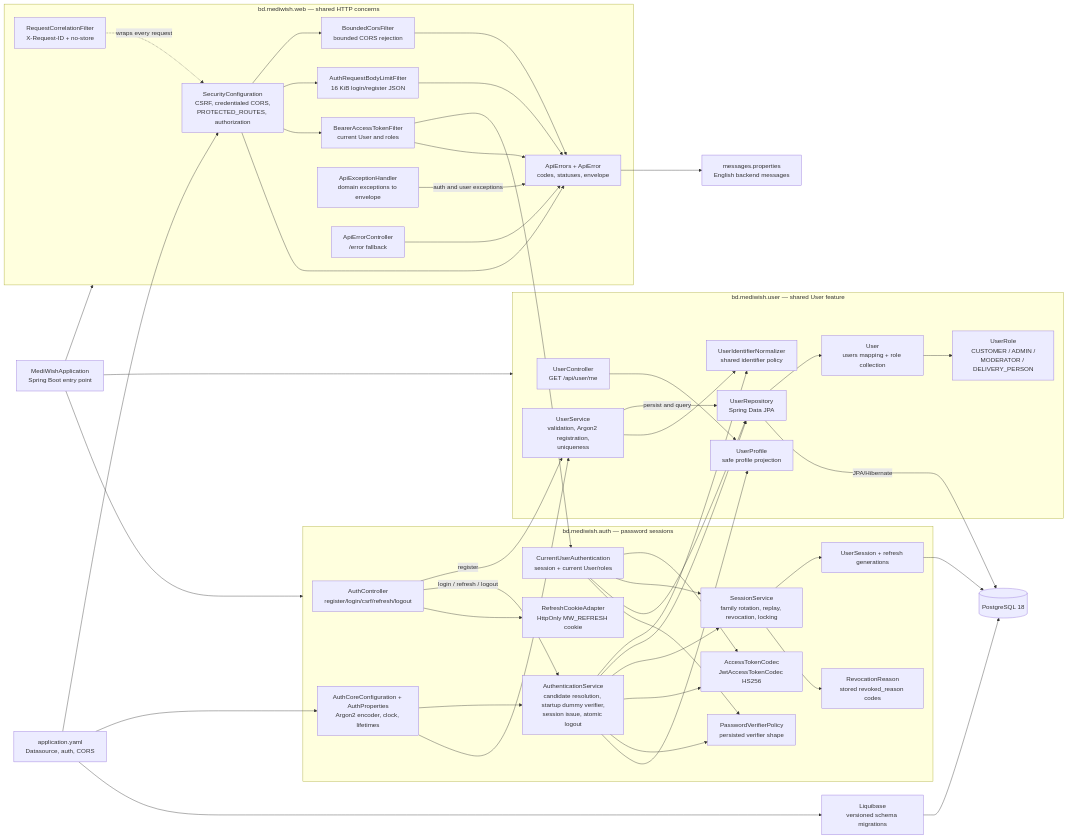
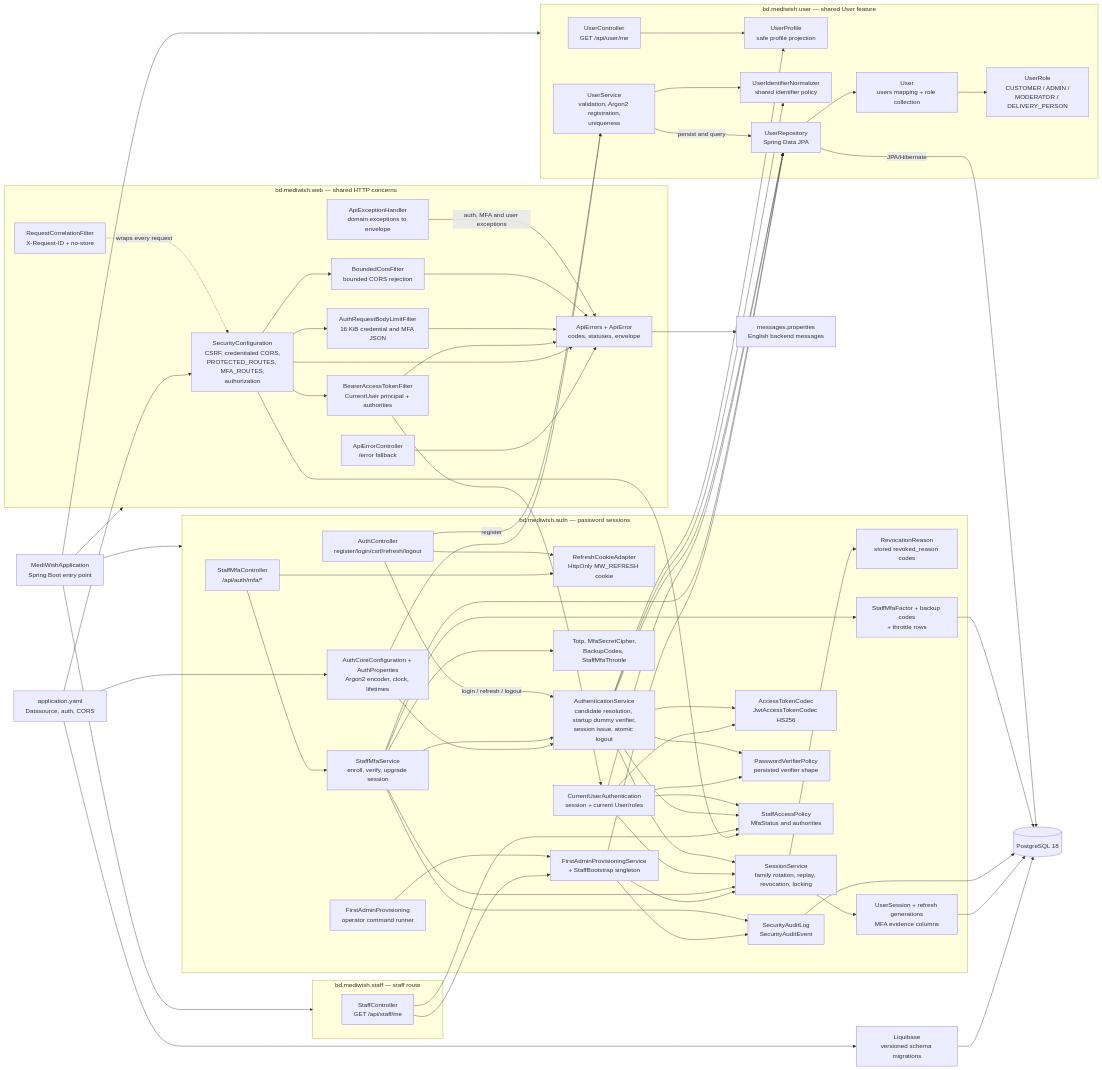
One commit to n-saakib/medi-wish-bd changed the first of 3 diagrams in backend/docs/code-architecture.md. Above: the diagram before and after it, drawn with Mermaid. The commit also changed other lines of this file and 146 other files, not shown here.

First line of the commit message:
Provision the first Admin and require staff authenticator sign-in

```diff
--- a/backend/docs/code-architecture.md
+++ b/backend/docs/code-architecture.md
@@ -36,14 +38,26 @@
         CU[CurrentUserAuthentication<br/>session + current User/roles]
         PV[PasswordVerifierPolicy<br/>persisted verifier shape]
         CFG[AuthCoreConfiguration + AuthProperties<br/>Argon2 encoder, clock, lifetimes]
-        SE[UserSession + refresh generations]
+        SE[UserSession + refresh generations<br/>MFA evidence columns]
+        POL[StaffAccessPolicy<br/>MfaStatus and authorities]
+        MC[StaffMfaController<br/>/api/auth/mfa/*]
+        MS[StaffMfaService<br/>enroll, verify, upgrade session]
+        MFA[Totp, MfaSecretCipher,<br/>BackupCodes, StaffMfaThrottle]
+        MF[StaffMfaFactor + backup codes<br/>+ throttle rows]
+        FAP[FirstAdminProvisioning<br/>operator command runner]
+        FAS[FirstAdminProvisioningService<br/>+ StaffBootstrap singleton]
+        AUD[SecurityAuditLog<br/>SecurityAuditEvent]
+    end
+
+    subgraph STAFF[bd.mediwish.staff — staff route]
+        SC[StaffController<br/>GET /api/staff/me]
     end
 
     subgraph WEB[bd.mediwish.web — shared HTTP concerns]
-        SEC[SecurityConfiguration<br/>CSRF, credentialed CORS,<br/>PROTECTED_ROUTES, authorization]
-        BF[BearerAccessTokenFilter<br/>current User and roles]
+        SEC[SecurityConfiguration<br/>CSRF, credentialed CORS,<br/>PROTECTED_ROUTES, MFA_ROUTES,<br/>authorization]
+        BF[BearerAccessTokenFilter<br/>CurrentUser principal + authorities]
         CORS[BoundedCorsFilter<br/>bounded CORS rejection]
-        BODY[AuthRequestBodyLimitFilter<br/>16 KiB login/register JSON]
+        BODY[AuthRequestBodyLimitFilter<br/>16 KiB credential and MFA JSON]
         EXH[ApiExceptionHandler<br/>domain exceptions to envelope]
         ERR[ApiErrors + ApiError<br/>codes, statuses, envelope]
         ERRCTRL[ApiErrorController<br/>/error fallback]
@@ -76,6 +90,25 @@
     CU --> SS
     CU --> UR
     CU --> PV
+    CU --> POL
+    AS --> POL
+    MC --> MS
+    MC --> RC
+    MS --> MFA
+    MS --> MF
+    MS --> SS
+    MS --> AS
+    MS --> AUD
+    MS --> UR
+    MF --> DB
+    FAP --> FAS
+    FAS --> UR
+    FAS --> SS
+    FAS --> AUD
+    AUD --> DB
+    SC --> POL
+    SC --> FAS
+    BOOT --> STAFF
     SS --> SE
     SS --> RR
     SE --> DB
@@ -84,8 +117,9 @@
     SEC --> CORS
     SEC --> BODY
     SEC --> BF
+    SEC --> POL
     BF --> CU
-    EXH -->|auth and user exceptions| ERR
+    EXH -->|auth, MFA and user exceptions| ERR
     CORS --> ERR
     BODY --> ERR
     BF --> ERR
```
